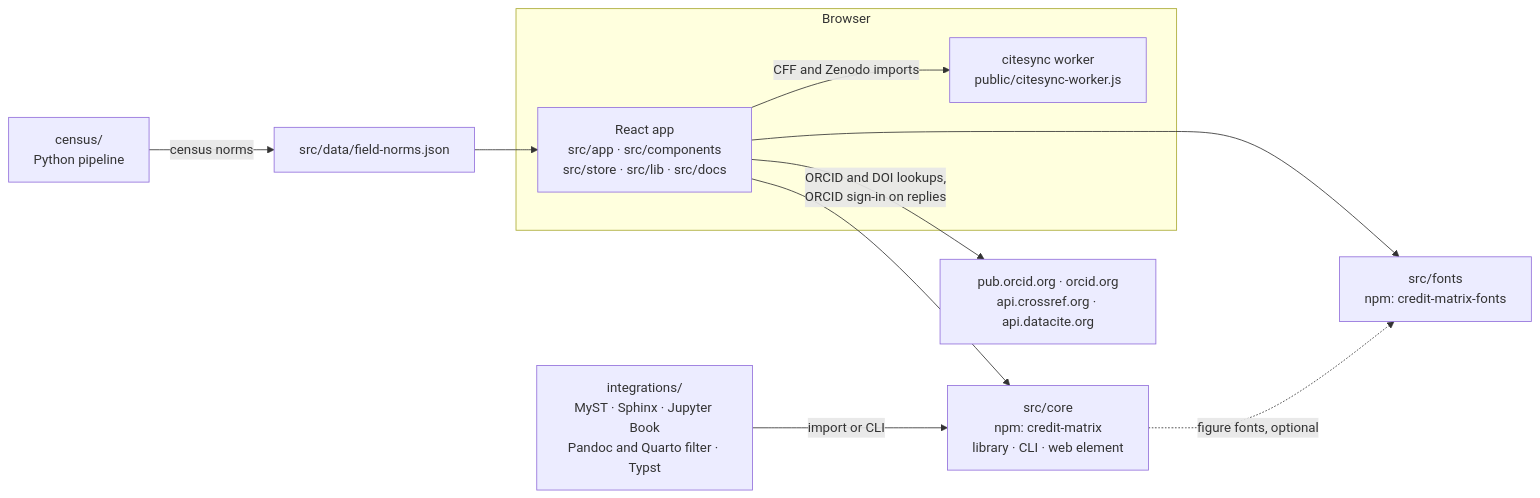
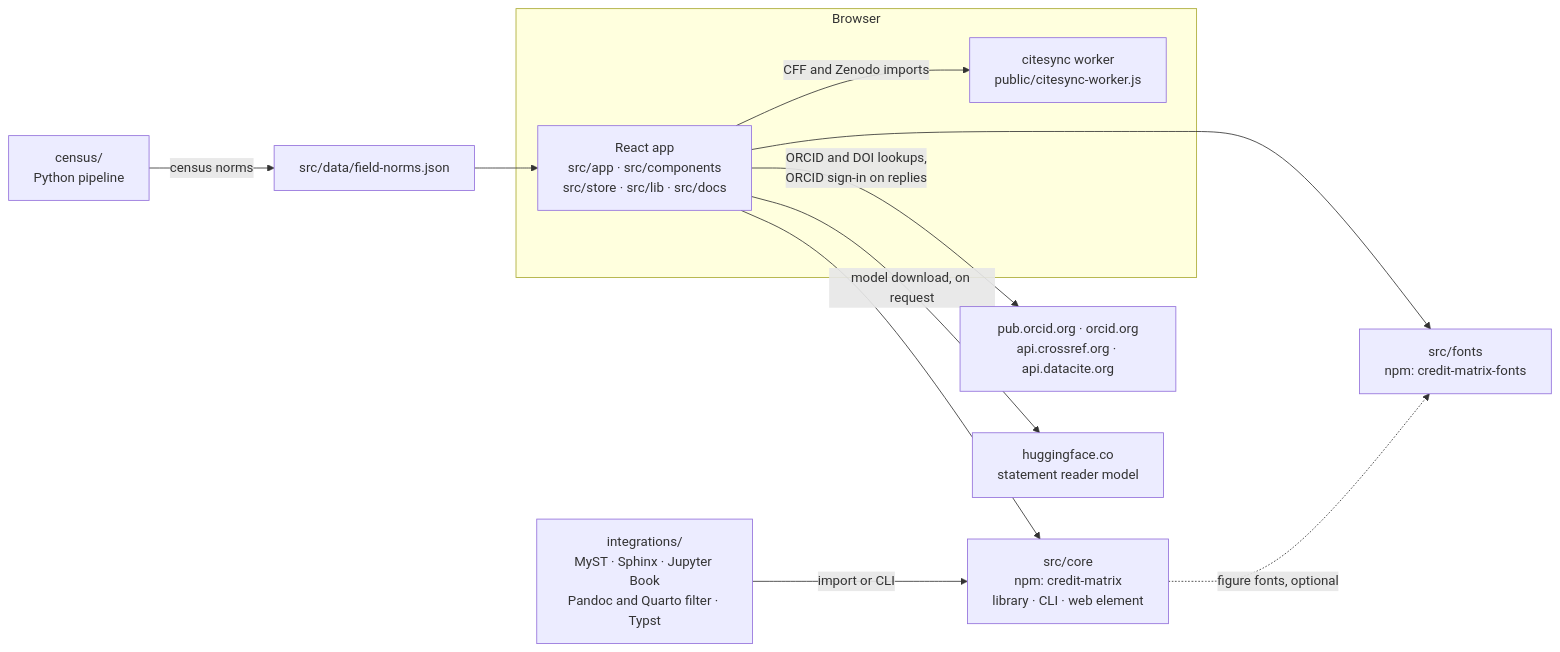
Before and after one commit to simonvanlierde/credit-matrix: the diagram in docs/architecture.md, drawn with Mermaid. The commit also changed other lines of this file and 36 other files, not shown here.

First line of the commit message:
feat(import): read a pasted statement with the census model (#380)

````diff
--- a/docs/architecture.md
+++ b/docs/architecture.md
@@ -21,21 +21,23 @@
 ```mermaid
 flowchart LR
   subgraph browser["Browser"]
     app["React app<br/>src/app · src/components<br/>src/store · src/lib · src/docs"]
     citesync["citesync worker<br/>public/citesync-worker.js"]
   end
   core["src/core<br/>npm: credit-matrix<br/>library · CLI · web element"]
   fonts["src/fonts<br/>npm: credit-matrix-fonts"]
   integrations["integrations/<br/>MyST · Sphinx · Jupyter Book<br/>Pandoc and Quarto filter · Typst"]
   census["census/<br/>Python pipeline"]
   norms["src/data/field-norms.json"]
   apis["pub.orcid.org · orcid.org<br/>api.crossref.org · api.datacite.org"]
+  hub["huggingface.co<br/>statement reader model"]
 
   app --> core
   app --> fonts
   core -. "figure fonts, optional" .-> fonts
   app -- "CFF and Zenodo imports" --> citesync
   integrations -- "import or CLI" --> core
   census -- "census norms" --> norms --> app
   app -- "ORCID and DOI lookups,<br/>ORCID sign-in on replies" --> apis
+  app -- "model download, on request" --> hub
 ```
````
